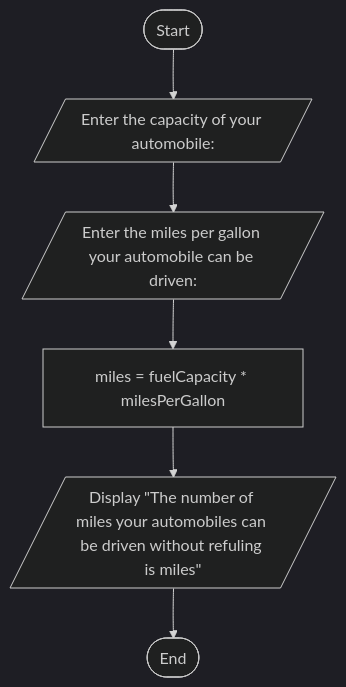
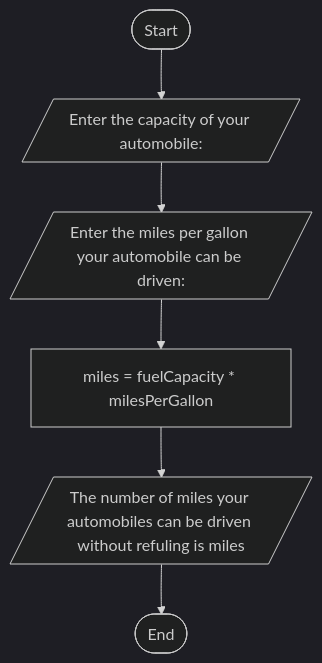
Before and after one commit to SWEG-2015EC-Batch/Felix: the diagram in ETS1049_15_Natnael_Yonas/mile_calculator.md, drawn with Mermaid (dark theme).

````diff
--- a/ETS1049_15_Natnael_Yonas/mile_calculator.md
+++ b/ETS1049_15_Natnael_Yonas/mile_calculator.md
@@ -15,8 +15,8 @@
 ```mermaid
 graph TD;
 A([Start]) --> B[/Enter the capacity of your automobile:/];
 B --> C[/Enter the miles per gallon your automobile can be driven:/];
 C --> D[miles = fuelCapacity * milesPerGallon];
-D --> E[/Display "The number of miles your automobiles can be driven without refuling is miles"/];
+D --> E[/The number of miles your automobiles can be driven without refuling is miles/];
 E --> F([End]);
 ```
````
